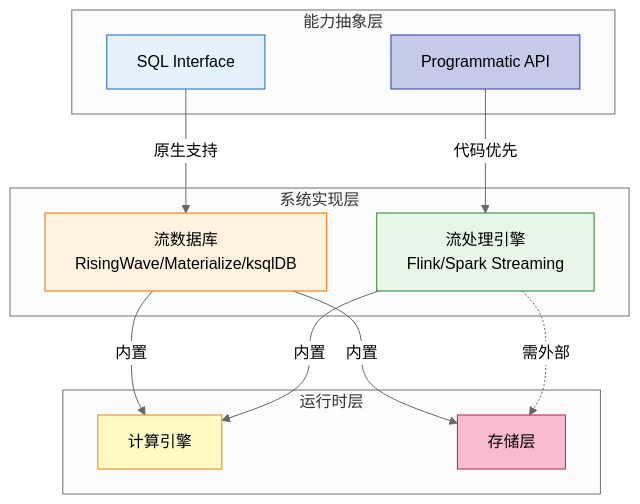
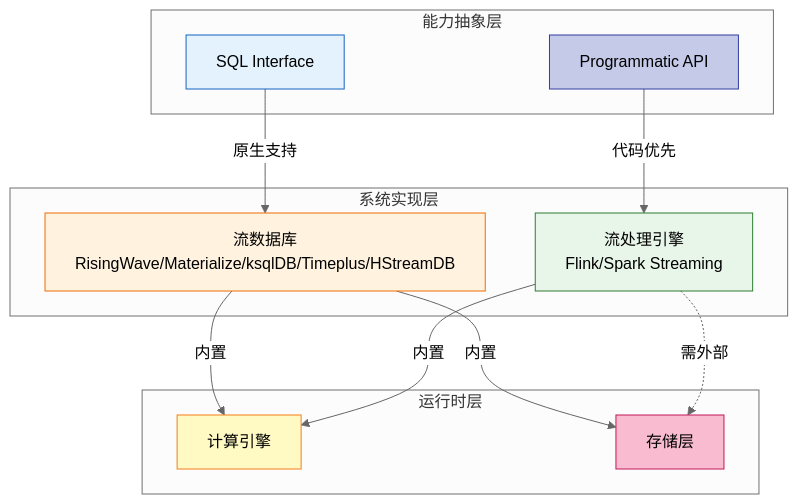
Before and after one commit to AdaMartin18010/AnalysisDataFlow: the first of 14 diagrams in Knowledge/04-technology-selection/streaming-database-guide.md, drawn with Mermaid (neutral theme). The commit also changed other lines of this file and 20 other files, not shown here.

````diff
--- a/Knowledge/04-technology-selection/streaming-database-guide.md
+++ b/Knowledge/04-technology-selection/streaming-database-guide.md
@@ -384,37 +520,37 @@
 ```mermaid
 graph TB
     subgraph "能力抽象层"
         SQL[SQL Interface]:::sql
         API[Programmatic API]:::api
     end
 
     subgraph "系统实现层"
-        SDB[流数据库<br/>RisingWave/Materialize/ksqlDB]:::sdb
+        SDB[流数据库<br/>RisingWave/Materialize/ksqlDB/Timeplus/HStreamDB]:::sdb
         ENGINE[流处理引擎<br/>Flink/Spark Streaming]:::engine
     end
 
     subgraph "运行时层"
         COMPUTE[计算引擎]:::compute
         STORAGE[存储层]:::storage
     end
 
     SQL -->|原生支持| SDB
     API -->|代码优先| ENGINE
 
     SDB -->|内置| COMPUTE
     SDB -->|内置| STORAGE
 
     ENGINE -->|内置| COMPUTE
     ENGINE -.->|需外部| STORAGE
 
     style SQL fill:#e3f2fd
     style SDB fill:#fff3e0
     style ENGINE fill:#e8f5e9
 
     classDef sql fill:#bbdefb,stroke:#1565c0
     classDef api fill:#c5cae9,stroke:#303f9f
     classDef sdb fill:#ffe0b2,stroke:#ef6c00
     classDef engine fill:#c8e6c9,stroke:#2e7d32
     classDef compute fill:#fff9c4,stroke:#f57f17
     classDef storage fill:#f8bbd0,stroke:#c2185b
 ```
````
